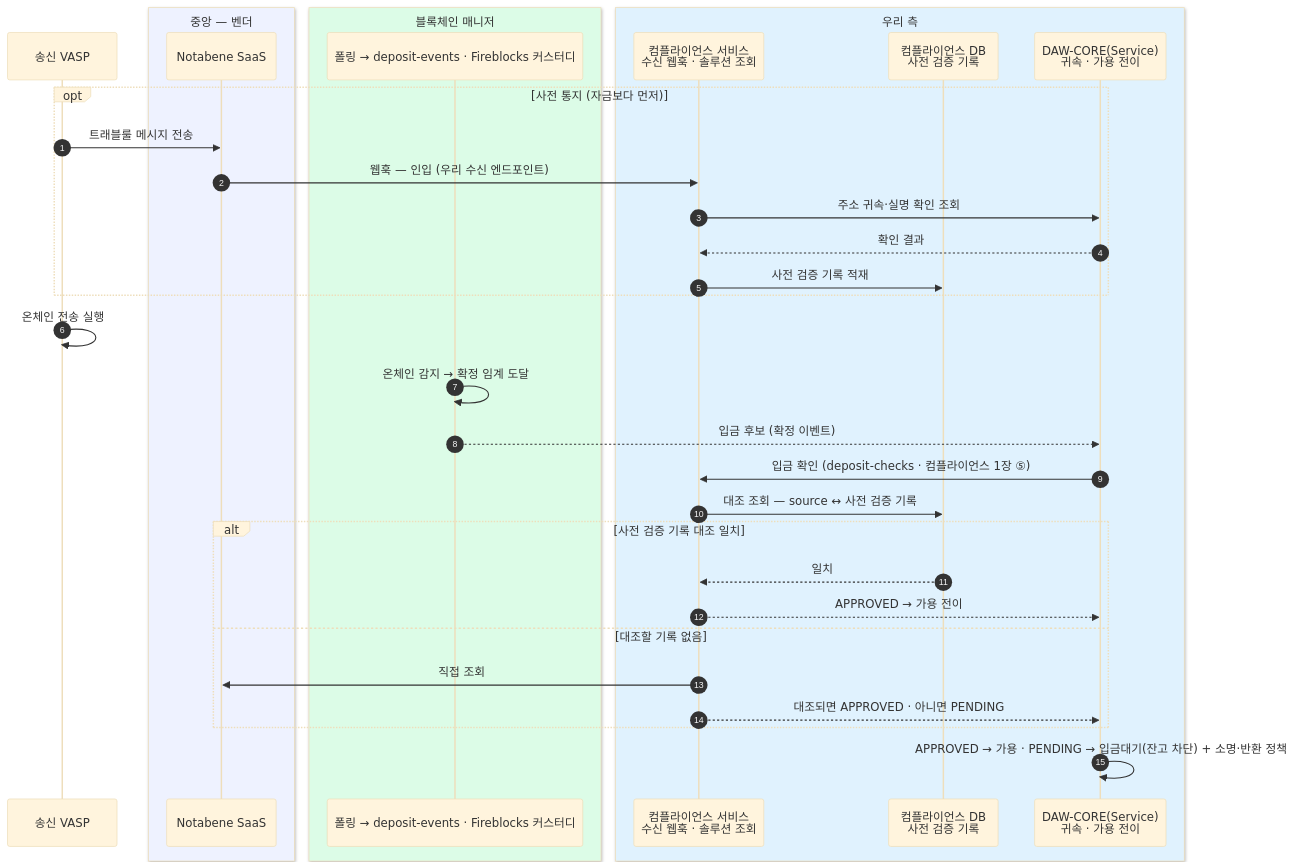
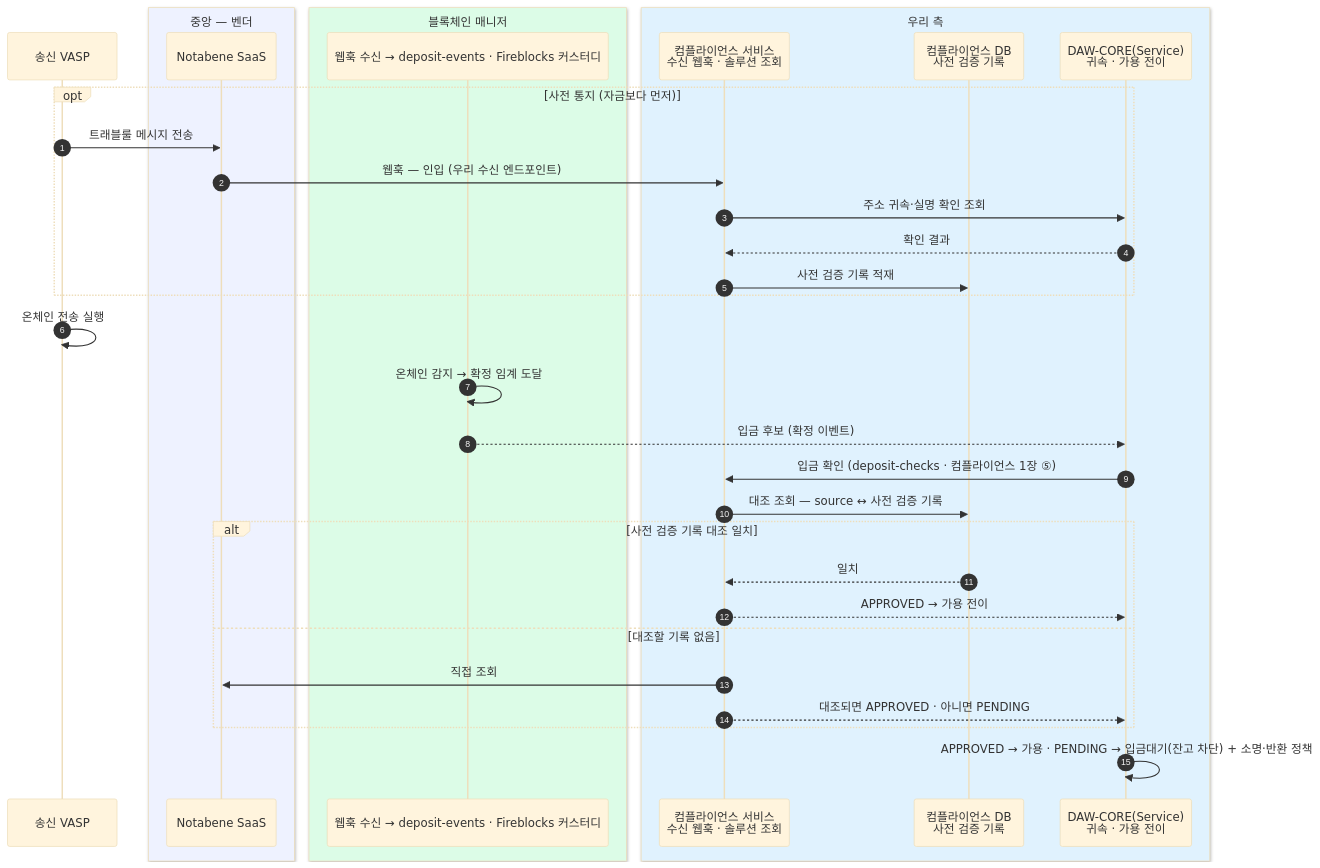
One commit to eunsujeo/eunpus changed the seventh of 11 diagrams in blockchain-manager/docs/트래블룰/설계/07-scenarios.md. Above: the diagram before and after it, drawn with Mermaid (base theme). The commit also changed other lines of this file and 31 other files, not shown here.

````diff
--- a/blockchain-manager/docs/트래블룰/설계/07-scenarios.md
+++ b/blockchain-manager/docs/트래블룰/설계/07-scenarios.md
@@ -315,37 +315,37 @@
 ```mermaid
 sequenceDiagram
     autonumber
     participant SV as 송신 VASP
     box rgb(238,242,255) 중앙 — 벤더
     participant NB as Notabene SaaS
     end
     box rgb(220,252,231) 블록체인 매니저
-    participant BM as 폴링 → deposit-events · Fireblocks 커스터디
+    participant BM as 웹훅 수신 → deposit-events · Fireblocks 커스터디
     end
     box rgb(224,242,254) 우리 측
     participant GT as 컴플라이언스 서비스<br/>수신 웹훅 · 솔루션 조회
     participant WQ as 컴플라이언스 DB<br/>사전 검증 기록
     participant BE as DAW-CORE(Service)<br/>귀속 · 가용 전이
     end
 
     opt 사전 통지 (자금보다 먼저)
         SV->>NB: 트래블룰 메시지 전송
         NB->>GT: 웹훅 — 인입 (우리 수신 엔드포인트)
         GT->>BE: 주소 귀속·실명 확인 조회
         BE-->>GT: 확인 결과
         GT->>WQ: 사전 검증 기록 적재
     end
     SV->>SV: 온체인 전송 실행
     BM->>BM: 온체인 감지 → 확정 임계 도달
     BM-->>BE: 입금 후보 (확정 이벤트)
     BE->>GT: 입금 확인 (deposit-checks · 컴플라이언스 1장 ⑤)
     GT->>WQ: 대조 조회 — source ↔ 사전 검증 기록
     alt 사전 검증 기록 대조 일치
         WQ-->>GT: 일치
         GT-->>BE: APPROVED → 가용 전이
     else 대조할 기록 없음
         GT->>NB: 직접 조회
         GT-->>BE: 대조되면 APPROVED · 아니면 PENDING
     end
     BE->>BE: APPROVED → 가용 · PENDING → 입금대기(잔고 차단) + 소명·반환 정책
 ```
````
